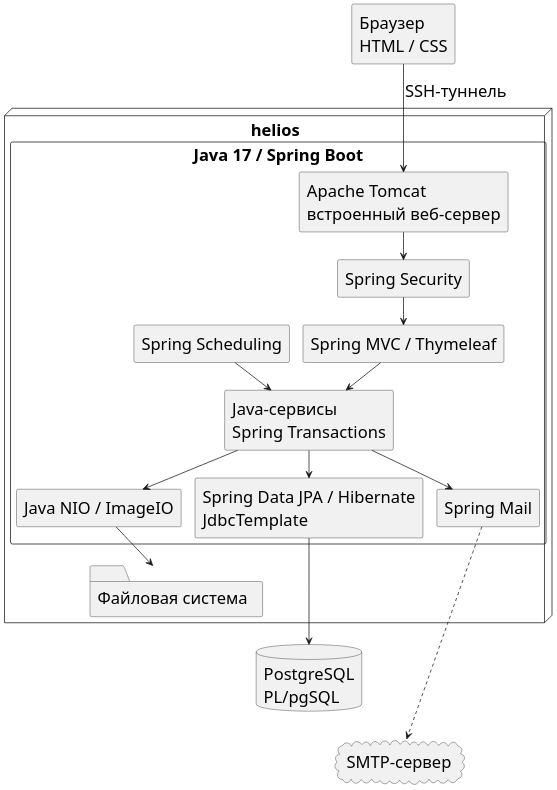
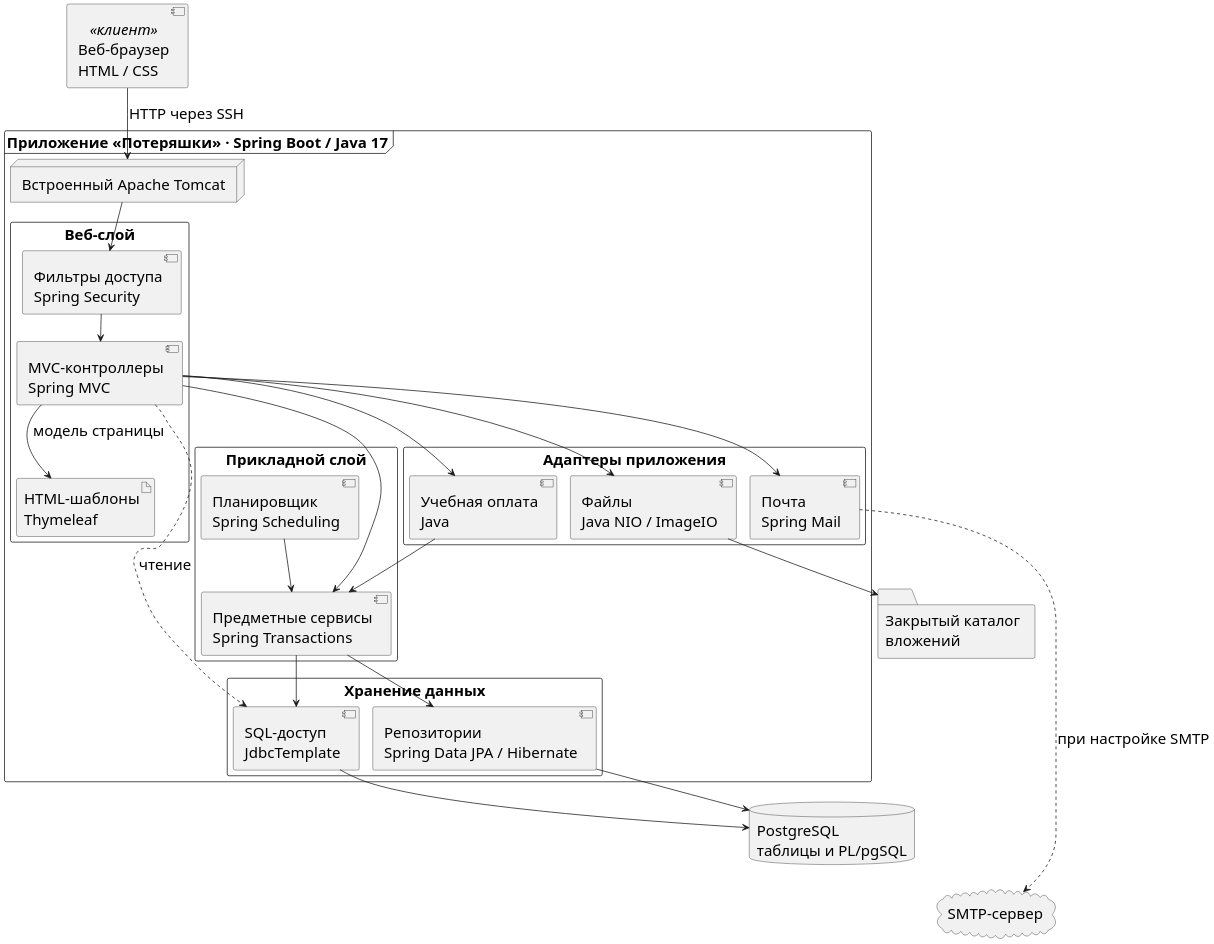
Before and after one commit to evgrart/Information-system-course-work: the diagram in docs/part1/uml/revised/system_architecture.puml, drawn with PlantUML. The commit also changed 23 other files, not shown here.

```diff
--- a/docs/part1/uml/revised/system_architecture.puml
+++ b/docs/part1/uml/revised/system_architecture.puml
@@ -1,39 +1,54 @@
 @startuml
 !pragma layout smetana
 top to bottom direction
 skinparam dpi 160
 skinparam defaultFontName Arial
-skinparam defaultFontSize 22
+skinparam defaultFontSize 20
 skinparam shadowing false
 skinparam packageStyle rectangle
-skinparam componentStyle rectangle
-component "Браузер\nHTML / CSS" as Browser
-node "helios" {
-  rectangle "Java 17 / Spring Boot" {
-    component "Apache Tomcat\nвстроенный веб-сервер" as Tomcat
-    component "Spring Security" as Security
-    component "Spring MVC / Thymeleaf" as Presentation
-    component "Java-сервисы\nSpring Transactions" as Logic
-    component "Spring Data JPA / Hibernate\nJdbcTemplate" as Storage
-    component "Spring Scheduling" as Jobs
-    component "Spring Mail" as MailAdapter
-    component "Java NIO / ImageIO" as Media
+skinparam componentStyle uml2
+component "Веб-браузер\nHTML / CSS" as Browser <<клиент>>
+frame "Приложение «Потеряшки» · Spring Boot / Java 17" {
+  node "Встроенный Apache Tomcat" as Tomcat
+  package "Веб-слой" {
+    component "Фильтры доступа\nSpring Security" as Security
+    component "MVC-контроллеры\nSpring MVC" as Controllers
+    artifact "HTML-шаблоны\nThymeleaf" as Templates
   }
-  folder "Файловая система" as Files
+  package "Прикладной слой" {
+    component "Предметные сервисы\nSpring Transactions" as Services
+    component "Планировщик\nSpring Scheduling" as Jobs
+  }
+  package "Хранение данных" {
+    component "Репозитории\nSpring Data JPA / Hibernate" as Repositories
+    component "SQL-доступ\nJdbcTemplate" as SQL
+  }
+  package "Адаптеры приложения" {
+    component "Файлы\nJava NIO / ImageIO" as Media
+    component "Почта\nSpring Mail" as MailAdapter
+    component "Учебная оплата\nJava" as Payments
+  }
 }
-database "PostgreSQL\nPL/pgSQL" as DB
+database "PostgreSQL\nтаблицы и PL/pgSQL" as DB
+folder "Закрытый каталог\nвложений" as Files
 cloud "SMTP-сервер" as Mail
-Browser --> Tomcat : SSH-туннель
+Browser --> Tomcat : HTTP через SSH
 Tomcat --> Security
-Security --> Presentation
-Presentation --> Logic
-Jobs --> Logic
-Logic --> Storage
-Logic --> Media
-Logic --> MailAdapter
-Storage --> DB
+Security --> Controllers
+Controllers --> Templates : модель страницы
+Controllers --> Services
+Controllers ..> SQL : чтение
+Controllers --> Media
+Controllers --> MailAdapter
+Controllers --> Payments
+Payments --> Services
+Jobs --> Services
+Services --> Repositories
+Services --> SQL
+Repositories --> DB
+SQL --> DB
 Media --> Files
-MailAdapter ..> Mail
+MailAdapter ..> Mail : при настройке SMTP
 Files -[hidden]down- DB
 DB -[hidden]down- Mail
 @enduml
```
